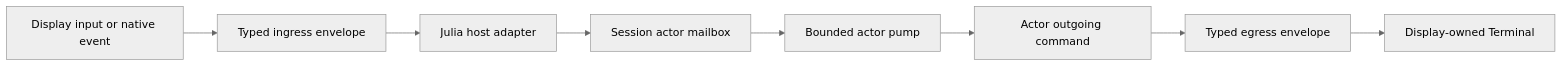
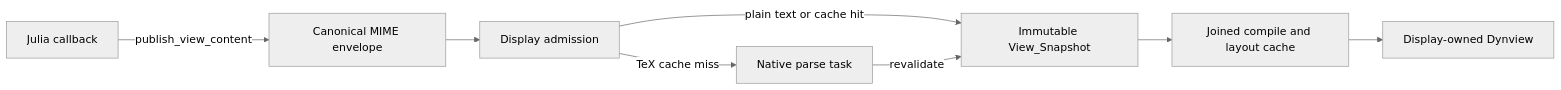
One commit to derekshoneycutt/Euclid changed the sixth of 6 diagrams in docs/wiki/Guides/JuliaThreadArchitecture.md. Above: the diagram before and after it, drawn with Mermaid (neutral theme). The commit also changed other lines of this file and 34 other files, not shown here.

````diff
--- a/docs/wiki/Guides/JuliaThreadArchitecture.md
+++ b/docs/wiki/Guides/JuliaThreadArchitecture.md
@@ -115,13 +694,15 @@
 ```mermaid
 flowchart LR
-  UI[Display input or native event]
-  I[Typed ingress envelope]
-  H[Julia host adapter]
-  A[Session actor mailbox]
-  P[Bounded actor pump]
-  O[Actor outgoing command]
-  E[Typed egress envelope]
-  T[Display-owned Terminal]
+  J[Julia callback]
+  M[Canonical MIME envelope]
+  D[Display admission]
+  P[Native parse task]
+  S[Immutable View_Snapshot]
+  C[Joined compile and layout cache]
+  V[Display-owned Dynview]
 
-  UI --> I --> H --> A --> P --> O --> E --> T
+  J -->|publish_view_content| M --> D
+  D -->|plain text or cache hit| S
+  D -->|TeX cache miss| P -->|revalidate| S
+  S --> C --> V
 ```
````
